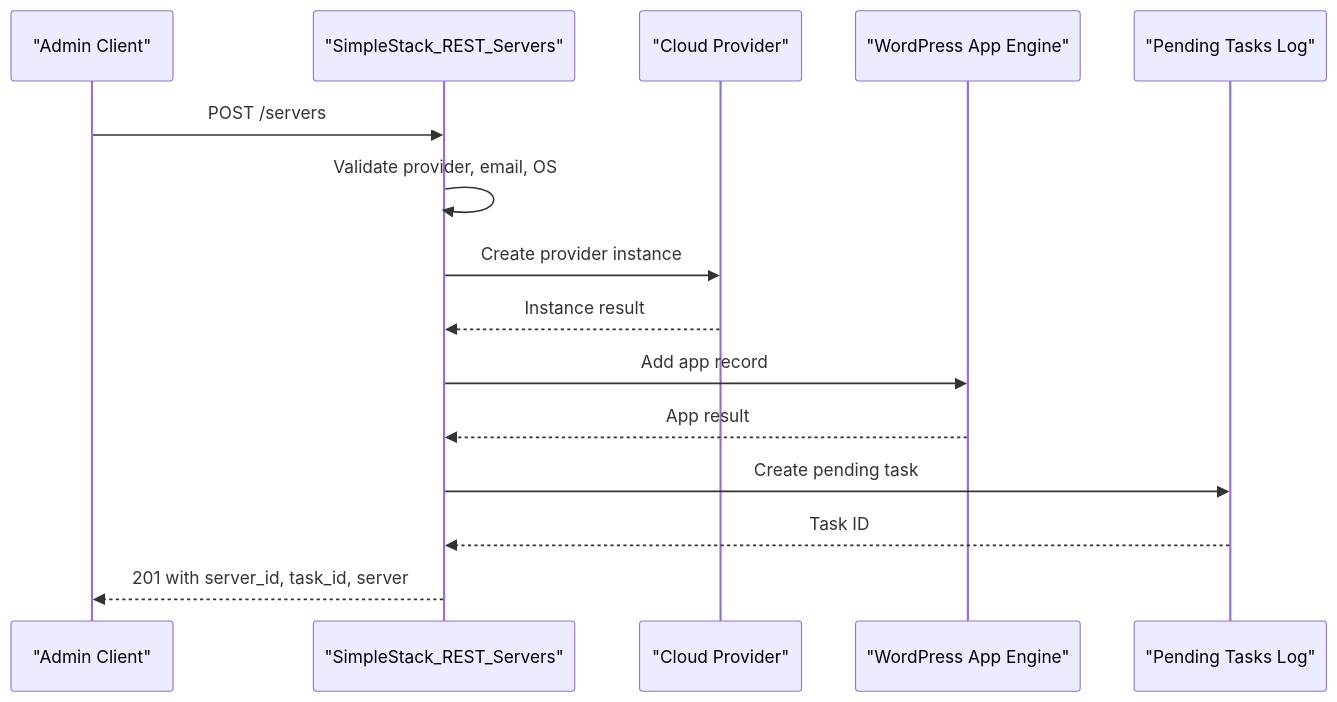
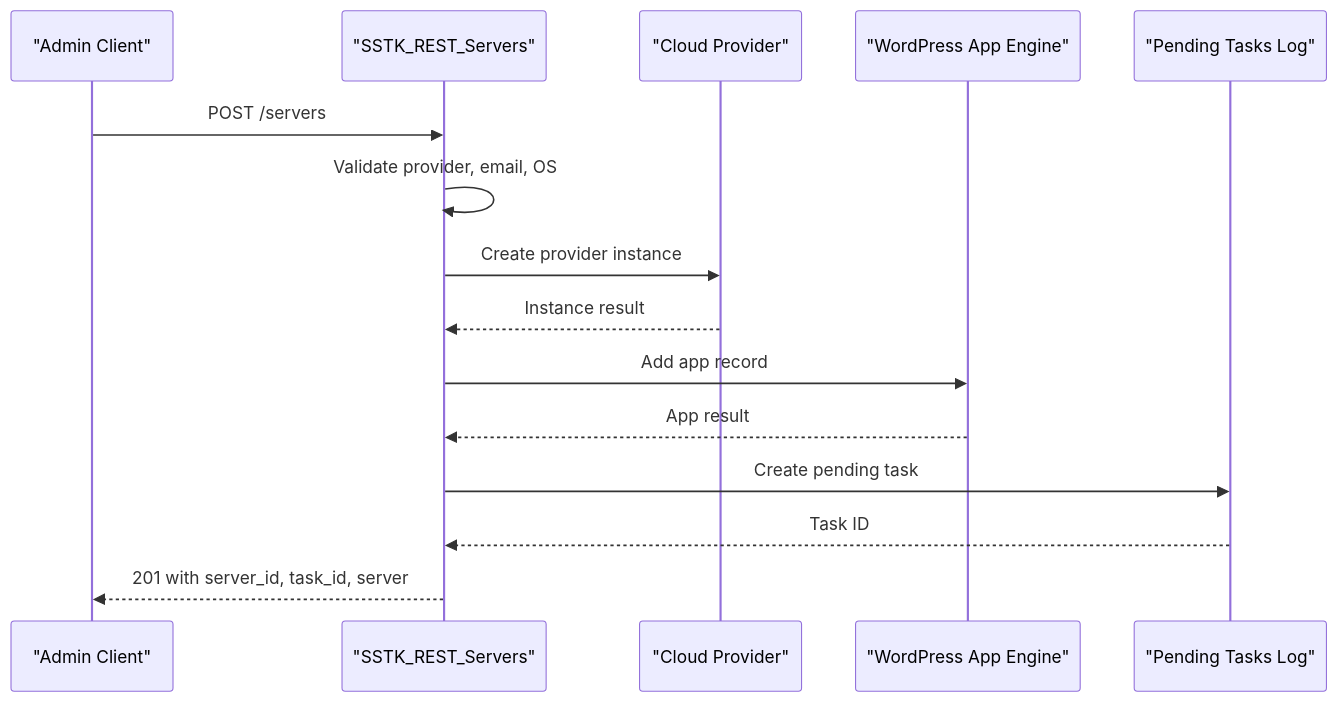
One commit to onedogsolutions/simple-stack changed the fourth of 9 diagrams in .qoder/repowiki/en/content/REST API Reference/REST API Reference.md. Above: the diagram before and after it, drawn with Mermaid. The commit also changed other lines of this file and 5941 other files, not shown here.

First line of the commit message:
refactor(core): rebrand WPCloudDeploy to Simple Stack with new namespaces and prefixes

````diff
--- a/.qoder/repowiki/en/content/REST API Reference/REST API Reference.md
+++ b/.qoder/repowiki/en/content/REST API Reference/REST API Reference.md
@@ -219,17 +230,17 @@
 ```mermaid
 sequenceDiagram
 participant Client as "Admin Client"
-participant Servers as "SimpleStack_REST_Servers"
+participant Servers as "SSTK_REST_Servers"
 participant Cloud as "Cloud Provider"
 participant App as "WordPress App Engine"
 participant Tasks as "Pending Tasks Log"
 Client->>Servers : POST /servers
 Servers->>Servers : Validate provider, email, OS
 Servers->>Cloud : Create provider instance
 Cloud-->>Servers : Instance result
 Servers->>App : Add app record
 App-->>Servers : App result
 Servers->>Tasks : Create pending task
 Tasks-->>Servers : Task ID
 Servers-->>Client : 201 with server_id, task_id, server
 ```
````
